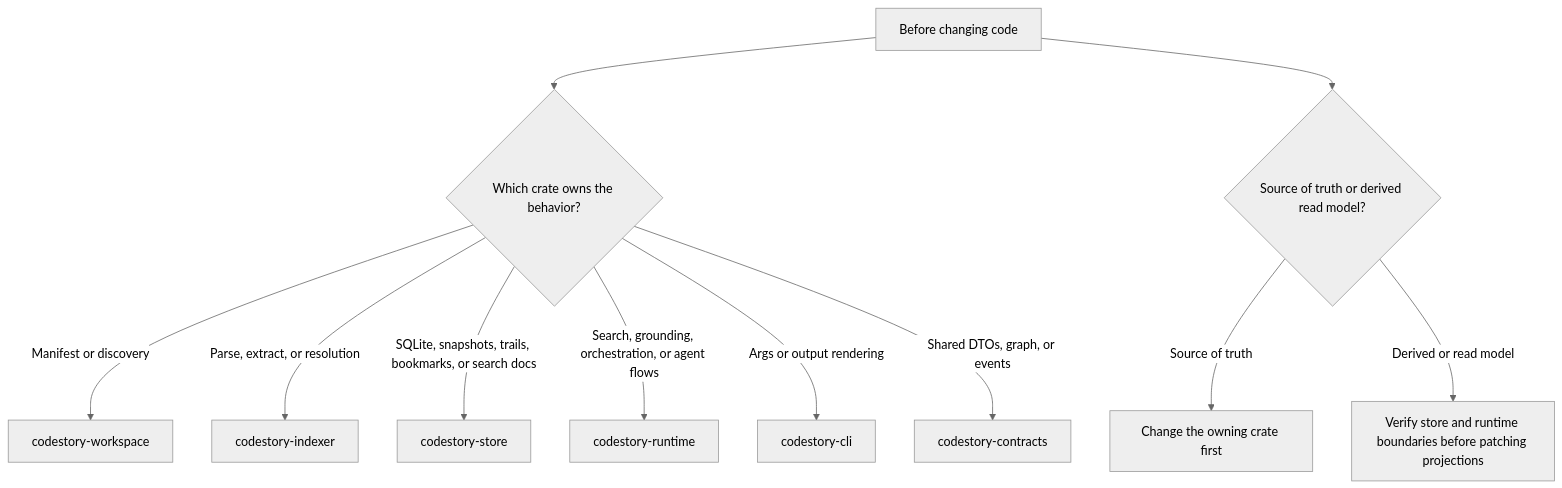
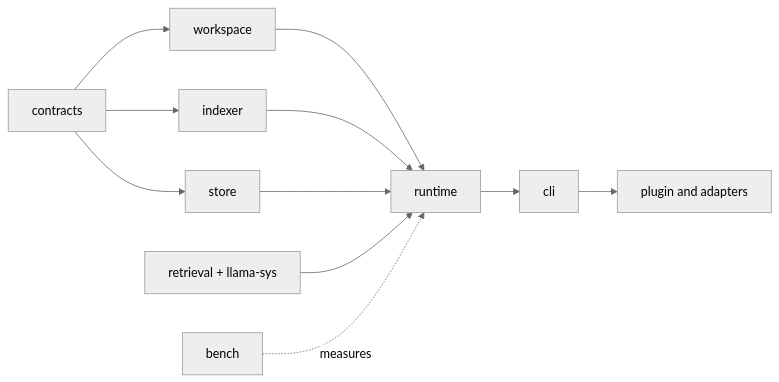
The diagram in docs/contributors/getting-started.md (TheGreenCedar/CodeStory), drawn with Mermaid (neutral theme) before and after one commit. The commit also changed other lines of this file and 85 other files, not shown here.

````diff
--- a/docs/contributors/getting-started.md
+++ b/docs/contributors/getting-started.md
@@ -76,13 +62,13 @@
 ```mermaid
-flowchart TD
-    start["Before changing code"] --> owner{"Which crate owns the behavior?"}
-    owner -->|"Manifest or discovery"| workspace["codestory-workspace"]
-    owner -->|"Parse, extract, or resolution"| indexer["codestory-indexer"]
-    owner -->|"SQLite, snapshots, trails, bookmarks, or search docs"| store["codestory-store"]
-    owner -->|"Search, grounding, orchestration, or agent flows"| runtime["codestory-runtime"]
-    owner -->|"Args or output rendering"| cli["codestory-cli"]
-    owner -->|"Shared DTOs, graph, or events"| contracts["codestory-contracts"]
-    start --> truth{"Source of truth or derived read model?"}
-    truth -->|"Source of truth"| first["Change the owning crate first"]
-    truth -->|"Derived or read model"| follow["Verify store and runtime boundaries before patching projections"]
+flowchart LR
+  contracts["contracts"] --> workspace["workspace"]
+  contracts --> indexer["indexer"]
+  contracts --> store["store"]
+  workspace --> runtime["runtime"]
+  indexer --> runtime
+  store --> runtime
+  retrieval["retrieval + llama-sys"] --> runtime
+  runtime --> cli["cli"]
+  cli --> adapters["plugin and adapters"]
+  bench["bench"] -. measures .-> runtime
 ```
````
